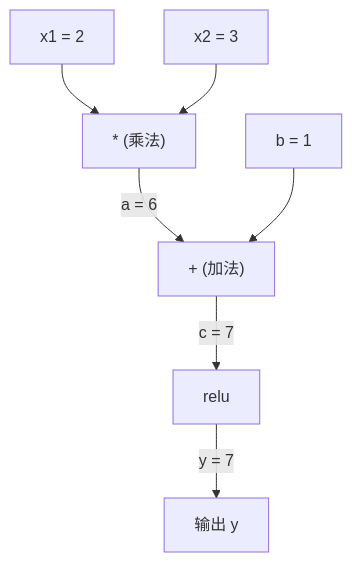
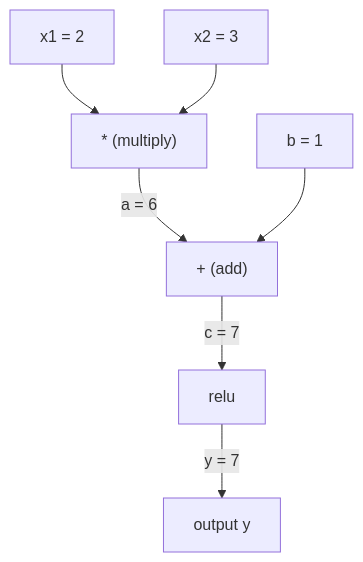
The first of 2 diagrams in i18n/zh/phases/01-math-foundations/05-chain-rule-and-autodiff/docs/zh.md (xiaojiaenen/ai-engineering-from-scratch-zh), drawn with Mermaid before and after one commit. The commit also changed other lines of this file and 22 other files, not shown here.

````diff
--- a/i18n/zh/phases/01-math-foundations/05-chain-rule-and-autodiff/docs/zh.md
+++ b/i18n/zh/phases/01-math-foundations/05-chain-rule-and-autodiff/docs/zh.md
@@ -64,9 +64,9 @@
 ```mermaid
 graph TD
-    x1["x1 = 2"] --> mul["* (乘法)"]
+    x1["x1 = 2"] --> mul["* (multiply)"]
     x2["x2 = 3"] --> mul
-    mul -->|"a = 6"| add["+ (加法)"]
+    mul -->|"a = 6"| add["+ (add)"]
     b["b = 1"] --> add
     add -->|"c = 7"| relu["relu"]
-    relu -->|"y = 7"| y["输出 y"]
+    relu -->|"y = 7"| y["output y"]
 ```
````
